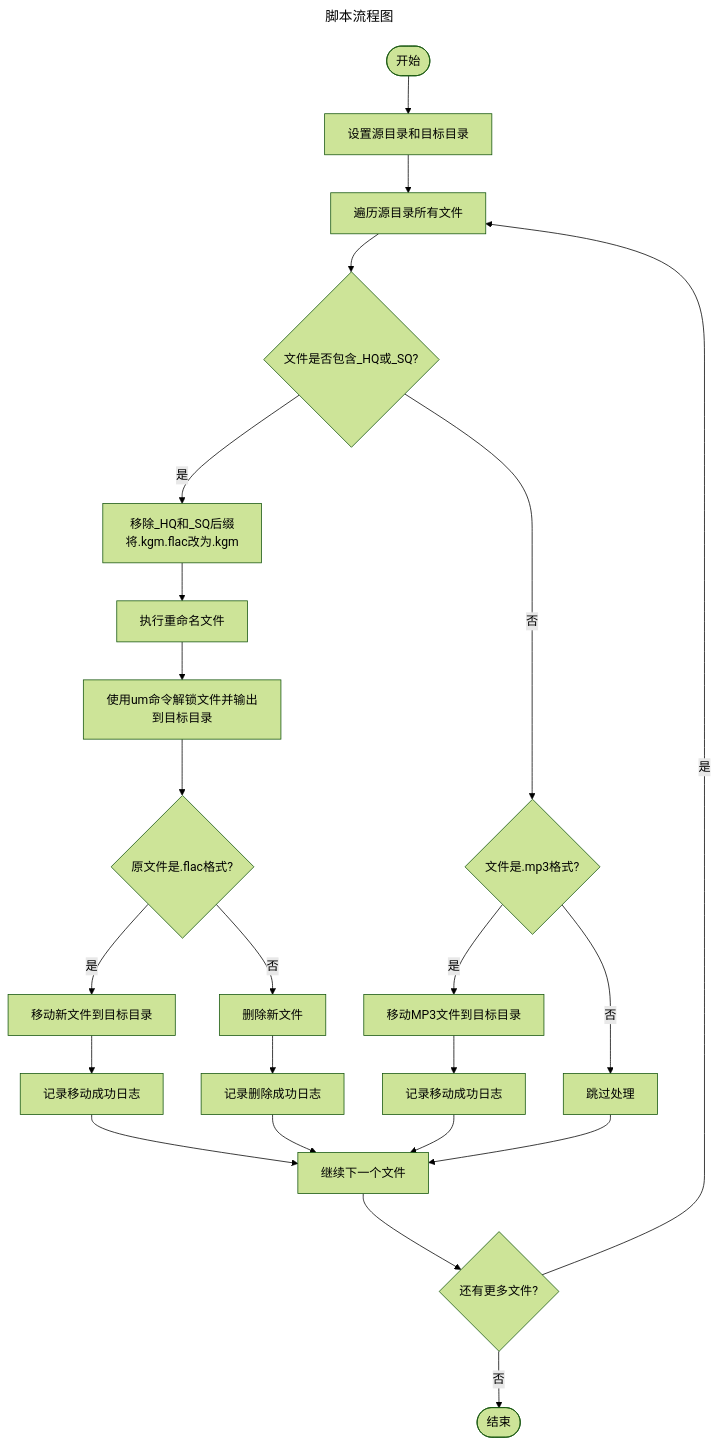
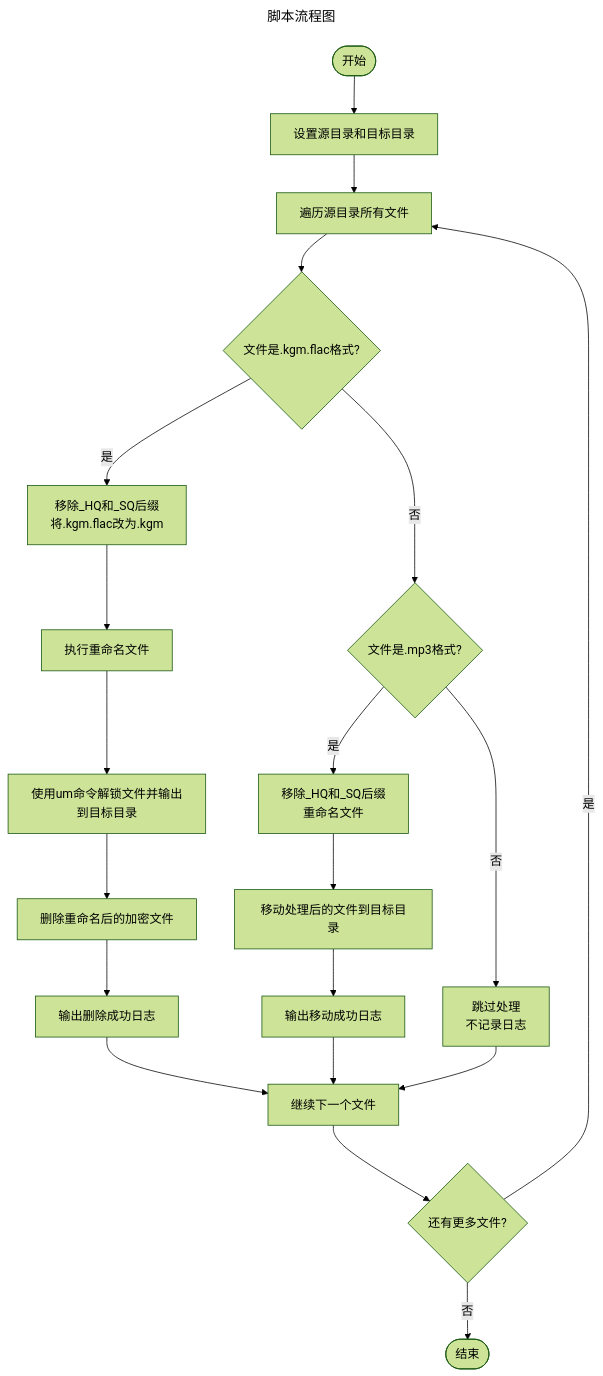
The diagram in docs/blog/um-cli-android.md (Jursin/Blog), drawn with Mermaid (forest theme) before and after one commit. The commit also changed other lines of this file and 2 other files, not shown here.

Commit message:
修改文章

````diff
--- a/docs/blog/um-cli-android.md
+++ b/docs/blog/um-cli-android.md
@@ -83,34 +85,31 @@
 ```mermaid
 ---
 title: 脚本流程图
 ---
 flowchart TD
     A([开始]) --> B[设置源目录和目标目录]
     B --> C[遍历源目录所有文件]
-    C --> D{文件是否包含_HQ或_SQ?}
+    C --> D{文件是.kgm.flac格式?}
     
     D -->|是| E[移除_HQ和_SQ后缀<br>将.kgm.flac改为.kgm]
     E --> F[执行重命名文件]
     F --> G[使用um命令解锁文件并输出到目标目录]
-    G --> H{原文件是.flac格式?}
+    G --> H[删除重命名后的加密文件]
+    H --> I[输出删除成功日志]
     
-    H -->|是| I[移动新文件到目标目录]
-    H -->|否| J[删除新文件]
+    D -->|否| J{文件是.mp3格式?}
     
-    D -->|否| K{文件是.mp3格式?}
+    J -->|是| K[移除_HQ和_SQ后缀<br>重命名文件]
+    K --> L[移动处理后的文件到目标目录]
+    L --> M[输出移动成功日志]
     
-    I --> L[记录移动成功日志]
-    J --> M[记录删除成功日志]
-    K -->|是| N[移动MP3文件到目标目录]
-    K -->|否| O[跳过处理]
+    J -->|否| N[跳过处理<br>不记录日志]
     
-    N --> P[记录移动成功日志]
-    O --> Q[继续下一个文件]
-    L --> Q
-    M --> Q
-    P --> Q
+    I --> O[继续下一个文件]
+    M --> O
+    N --> O
     
-    Q --> R{还有更多文件?}
-    R -->|是| C
-    R -->|否| S([结束])
+    O --> P{还有更多文件?}
+    P -->|是| C
+    P -->|否| Q([结束])
 ```
````
